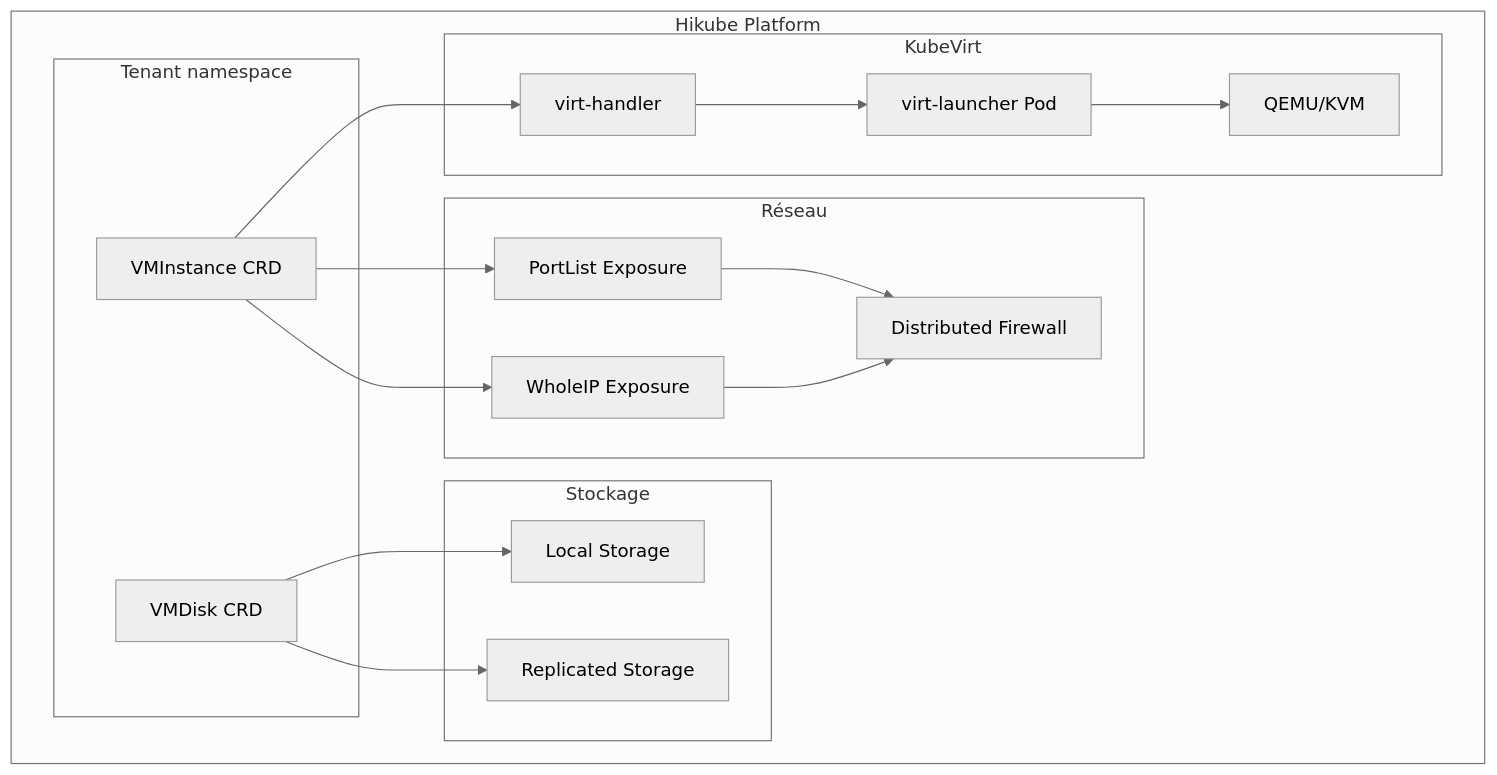
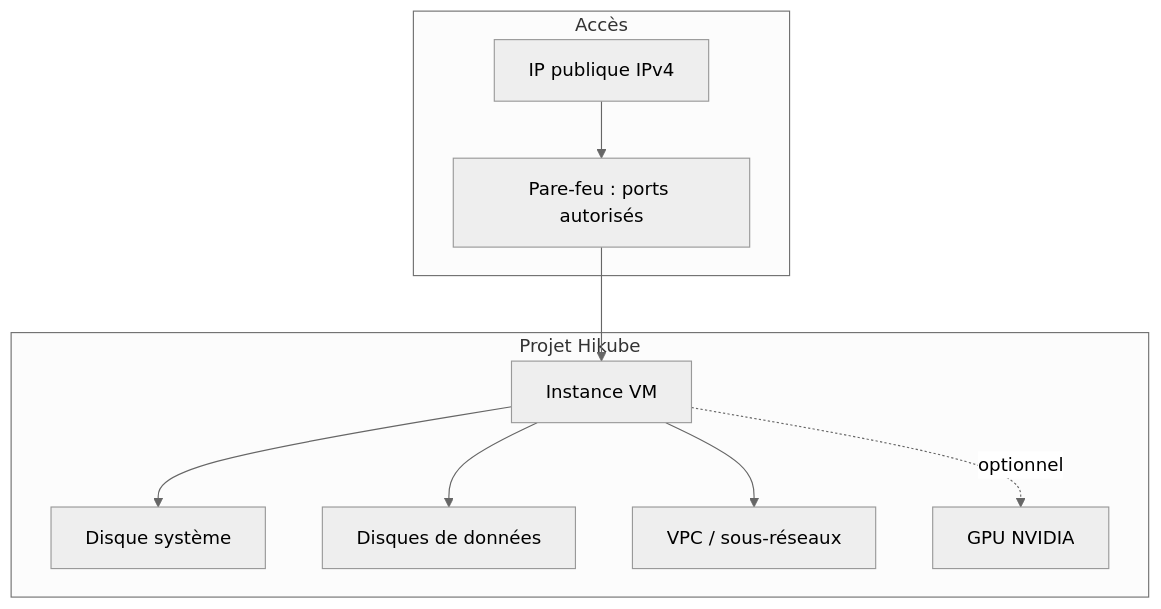
The first of 2 diagrams in docs/services/compute/concepts.md (HidoraSwiss/hikube-public-doc), drawn with Mermaid (neutral theme) before and after one commit. The commit also changed other lines of this file and 22 other files, not shown here.

````diff
--- a/docs/services/compute/concepts.md
+++ b/docs/services/compute/concepts.md
@@ -12,36 +12,21 @@
 ```mermaid
 graph TB
-    subgraph "Hikube Platform"
-        subgraph "Tenant namespace"
-            VMI[VMInstance CRD]
-            VMD[VMDisk CRD]
-        end
-
-        subgraph "KubeVirt"
-            VP[virt-handler]
-            VL[virt-launcher Pod]
-            QEMU[QEMU/KVM]
-        end
-
-        subgraph "Stockage"
-            LS[Local Storage]
-            RS[Replicated Storage]
-        end
-
-        subgraph "Réseau"
-            PL[PortList Exposure]
-            WI[WholeIP Exposure]
-            FW[Distributed Firewall]
-        end
+    subgraph "Projet Hikube"
+        VM[Instance VM]
+        SYS[Disque système]
+        DATA[Disques de données]
+        VPC[VPC / sous-réseaux]
+        GPU[GPU NVIDIA]
     end
 
-    VMI --> VP
-    VMD --> LS
-    VMD --> RS
-    VP --> VL
-    VL --> QEMU
-    VMI --> PL
-    VMI --> WI
-    PL --> FW
-    WI --> FW
+    subgraph "Accès"
+        PUB[IP publique IPv4]
+        FW[Pare-feu : ports autorisés]
+    end
+
+    VM --> SYS
+    VM --> DATA
+    VM --> VPC
+    VM -.optionnel.-> GPU
+    PUB --> FW --> VM
 ```
````
